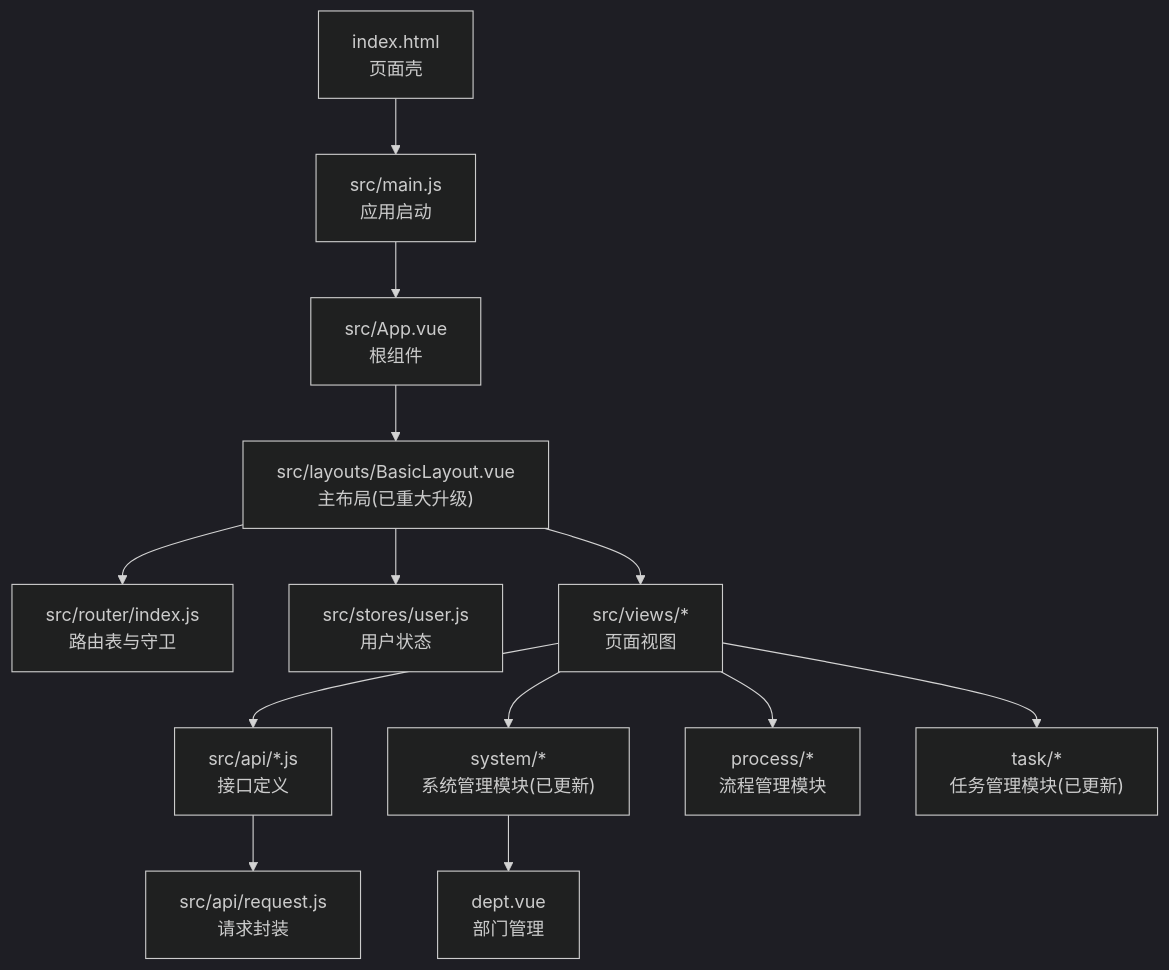
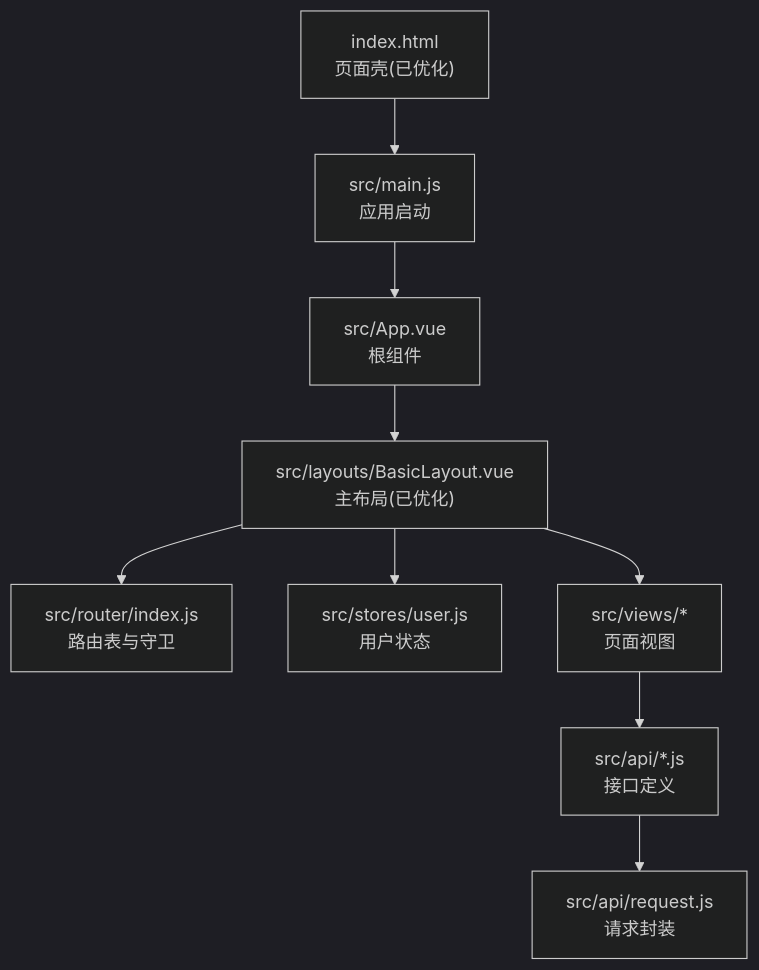
The first of 7 diagrams in .qoder/repowiki/zh/content/用户界面设计/管理后台架构.md (liming-lihaini/workflow), drawn with Mermaid (dark theme) before and after one commit. The commit also changed other lines of this file and 18 other files, not shown here.

````diff
--- a/.qoder/repowiki/zh/content/用户界面设计/管理后台架构.md
+++ b/.qoder/repowiki/zh/content/用户界面设计/管理后台架构.md
@@ -59,15 +59,11 @@
 ```mermaid
 graph TB
-A["index.html<br/>页面壳"] --> B["src/main.js<br/>应用启动"]
+A["index.html<br/>页面壳(已优化)"] --> B["src/main.js<br/>应用启动"]
 B --> C["src/App.vue<br/>根组件"]
-C --> D["src/layouts/BasicLayout.vue<br/>主布局(已重大升级)"]
+C --> D["src/layouts/BasicLayout.vue<br/>主布局(已优化)"]
 D --> E["src/router/index.js<br/>路由表与守卫"]
 D --> F["src/stores/user.js<br/>用户状态"]
 D --> G["src/views/*<br/>页面视图"]
 G --> H["src/api/*.js<br/>接口定义"]
 H --> I["src/api/request.js<br/>请求封装"]
-G --> J["system/*<br/>系统管理模块(已更新)"]
-J --> K["dept.vue<br/>部门管理"]
-G --> L["process/*<br/>流程管理模块"]
-G --> M["task/*<br/>任务管理模块(已更新)"]
 ```
````
